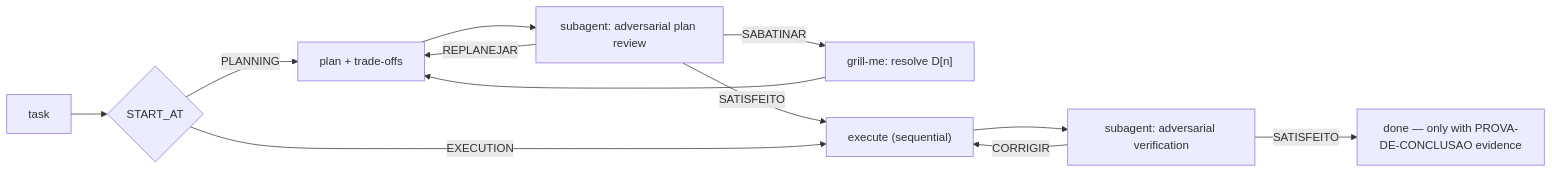
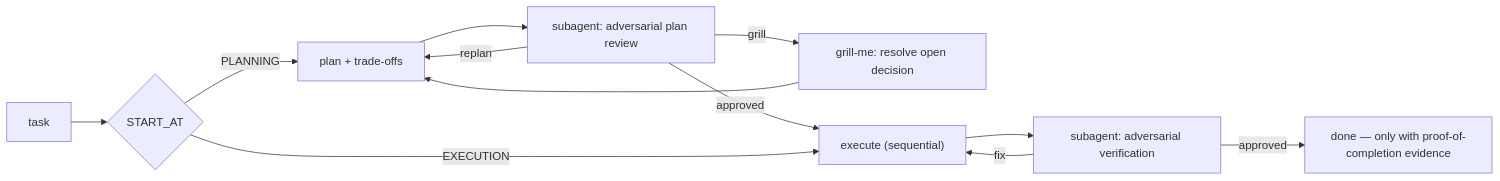
The diagram in README.md (gutocarollo/orions-belt), drawn with Mermaid before and after one commit. The commit also changed other lines of this file, not shown here.

First line of the commit message:
v1.5.1 — README: fix PT/EN mix in how-it-works diagram

````diff
--- a/README.md
+++ b/README.md
@@ -75,14 +75,14 @@
 ```mermaid
 flowchart LR
     A["task"] --> B{"START_AT"}
     B -- "PLANNING" --> P["plan + trade-offs"]
     P --> PR["subagent: adversarial plan review"]
-    PR -- "REPLANEJAR" --> P
-    PR -- "SABATINAR" --> G["grill-me: resolve D[n]"]
+    PR -- "replan" --> P
+    PR -- "grill" --> G["grill-me: resolve open decision"]
     G --> P
-    PR -- "SATISFEITO" --> E["execute (sequential)"]
+    PR -- "approved" --> E["execute (sequential)"]
     B -- "EXECUTION" --> E
     E --> V["subagent: adversarial verification"]
-    V -- "CORRIGIR" --> E
-    V -- "SATISFEITO" --> D["done — only with PROVA-DE-CONCLUSAO evidence"]
+    V -- "fix" --> E
+    V -- "approved" --> D["done — only with proof-of-completion evidence"]
 ```
````
